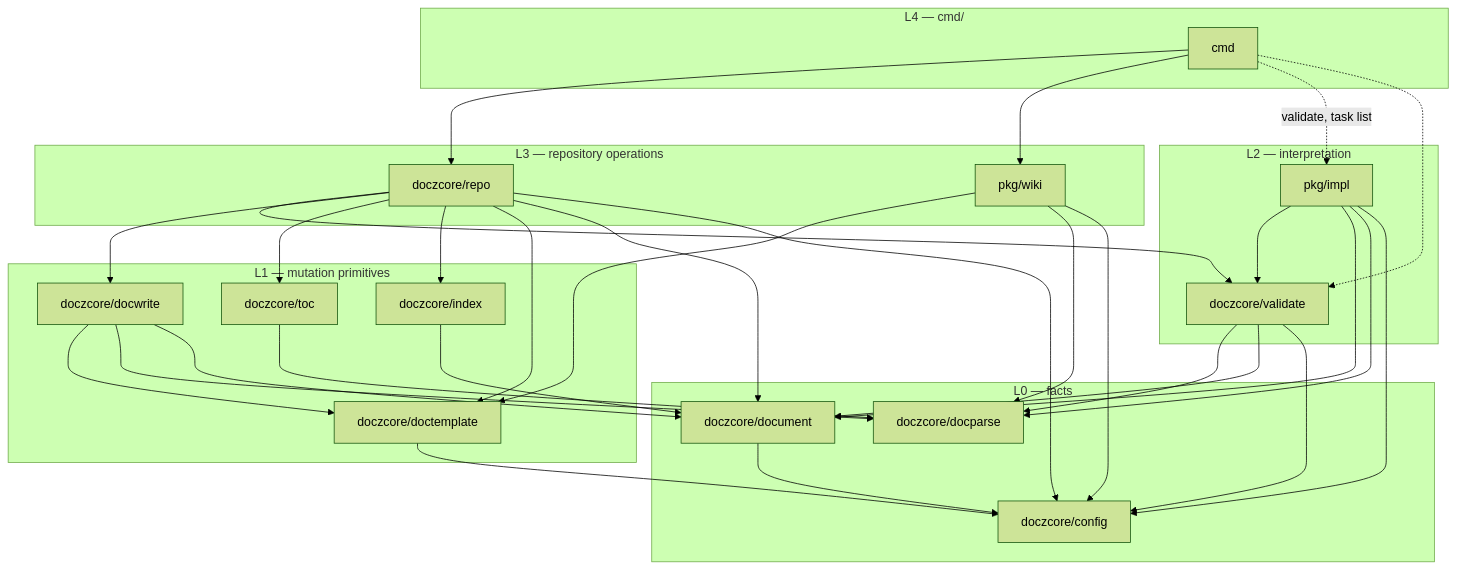
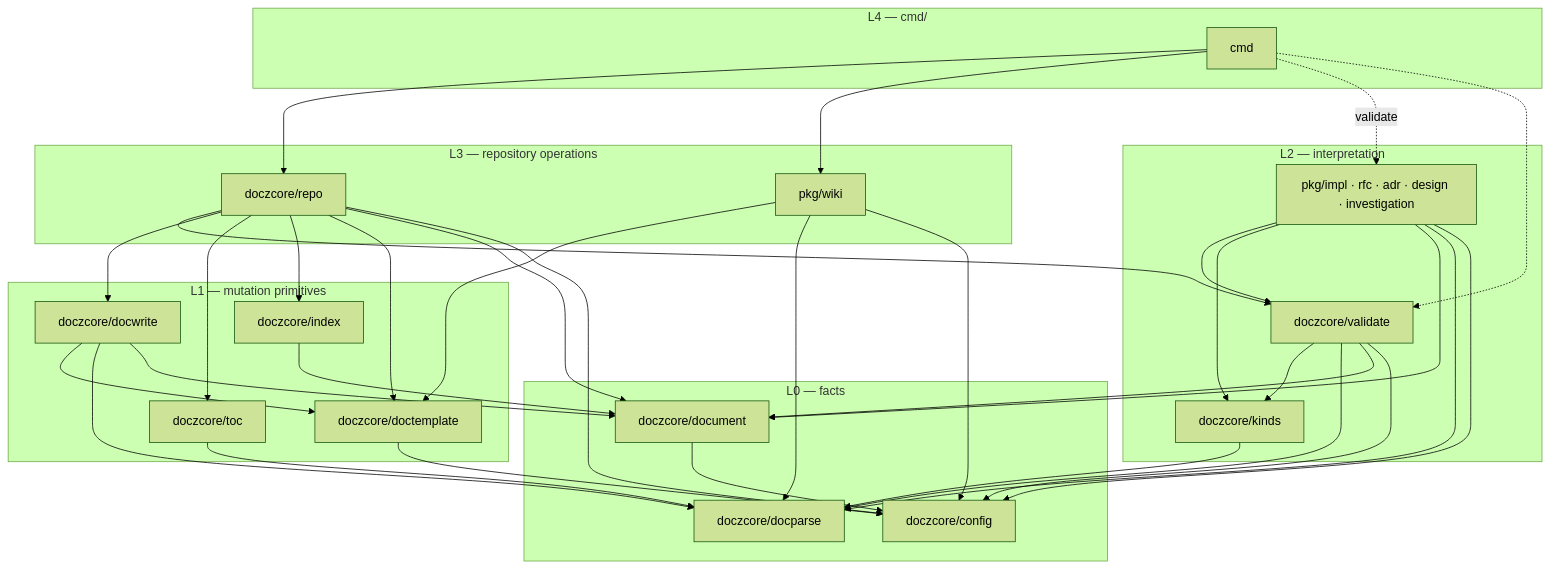
One commit to donaldgifford/docz changed the first of 16 diagrams in docs/design/0014-the-docz-api-as-one-unit-packages-types-functions-and-the-cmd.md. Above: the diagram before and after it, drawn with Mermaid (forest theme). The commit also changed other lines of this file and 3 other files, not shown here.

````diff
--- a/docs/design/0014-the-docz-api-as-one-unit-packages-types-functions-and-the-cmd.md
+++ b/docs/design/0014-the-docz-api-as-one-unit-packages-types-functions-and-the-cmd.md
@@ -170,53 +181,57 @@
 ```mermaid
 flowchart TD
   subgraph L4 ["L4 — cmd/"]
     cmd
   end
   subgraph L3 ["L3 — repository operations"]
     repo["doczcore/repo"]
     wiki["pkg/wiki"]
   end
   subgraph L2 ["L2 — interpretation"]
-    impl["pkg/impl"]
+    types["pkg/impl · rfc · adr · design · investigation"]
+    kinds["doczcore/kinds"]
     validate["doczcore/validate"]
   end
   subgraph L1 ["L1 — mutation primitives"]
     docwrite["doczcore/docwrite"]
     toc["doczcore/toc"]
     index["doczcore/index"]
     doctemplate["doczcore/doctemplate"]
   end
   subgraph L0 ["L0 — facts"]
     config["doczcore/config"]
     document["doczcore/document"]
     docparse["doczcore/docparse"]
   end
   cmd --> repo
   cmd --> wiki
-  cmd -.->|validate, task list| impl
+  cmd -.->|validate| types
   cmd -.-> validate
   repo --> validate
-  impl --> validate
+  types --> validate
+  types --> kinds
+  validate --> kinds
+  kinds --> docparse
   validate --> docparse
   validate --> document
   validate --> config
   repo --> docwrite
   repo --> toc
   repo --> index
   repo --> doctemplate
   repo --> document
   repo --> config
   wiki --> doctemplate
   wiki --> docparse
   wiki --> config
-  impl --> document
-  impl --> docparse
-  impl --> config
+  types --> document
+  types --> docparse
+  types --> config
   docwrite --> doctemplate
   docwrite --> docparse
   docwrite --> document
   toc --> docparse
   index --> document
   doctemplate --> config
   document --> config
 ```
````
